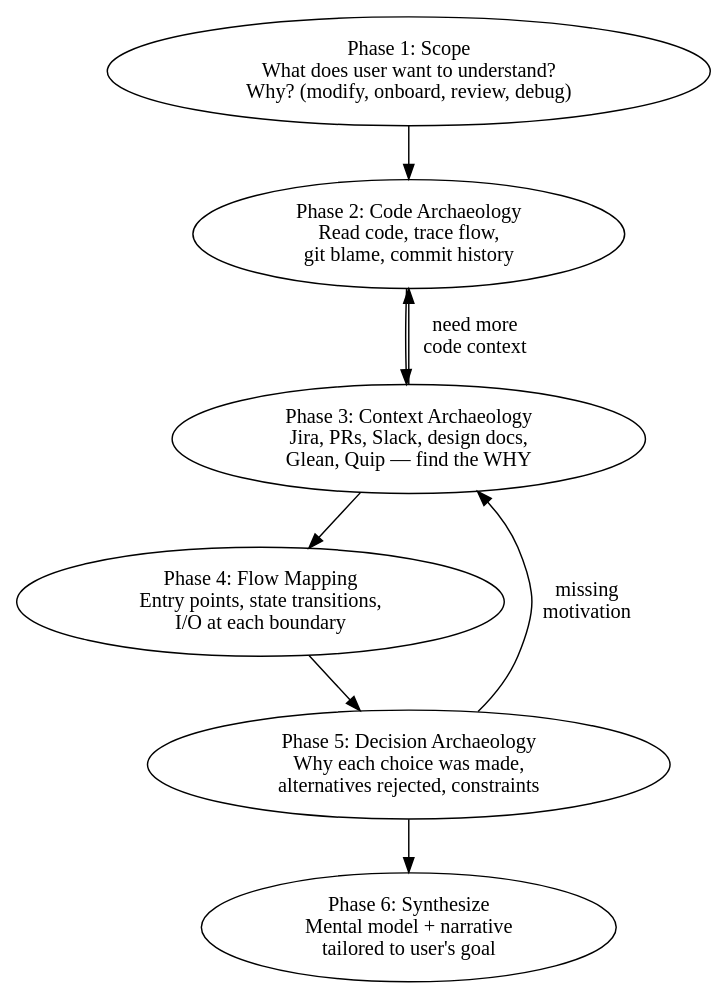
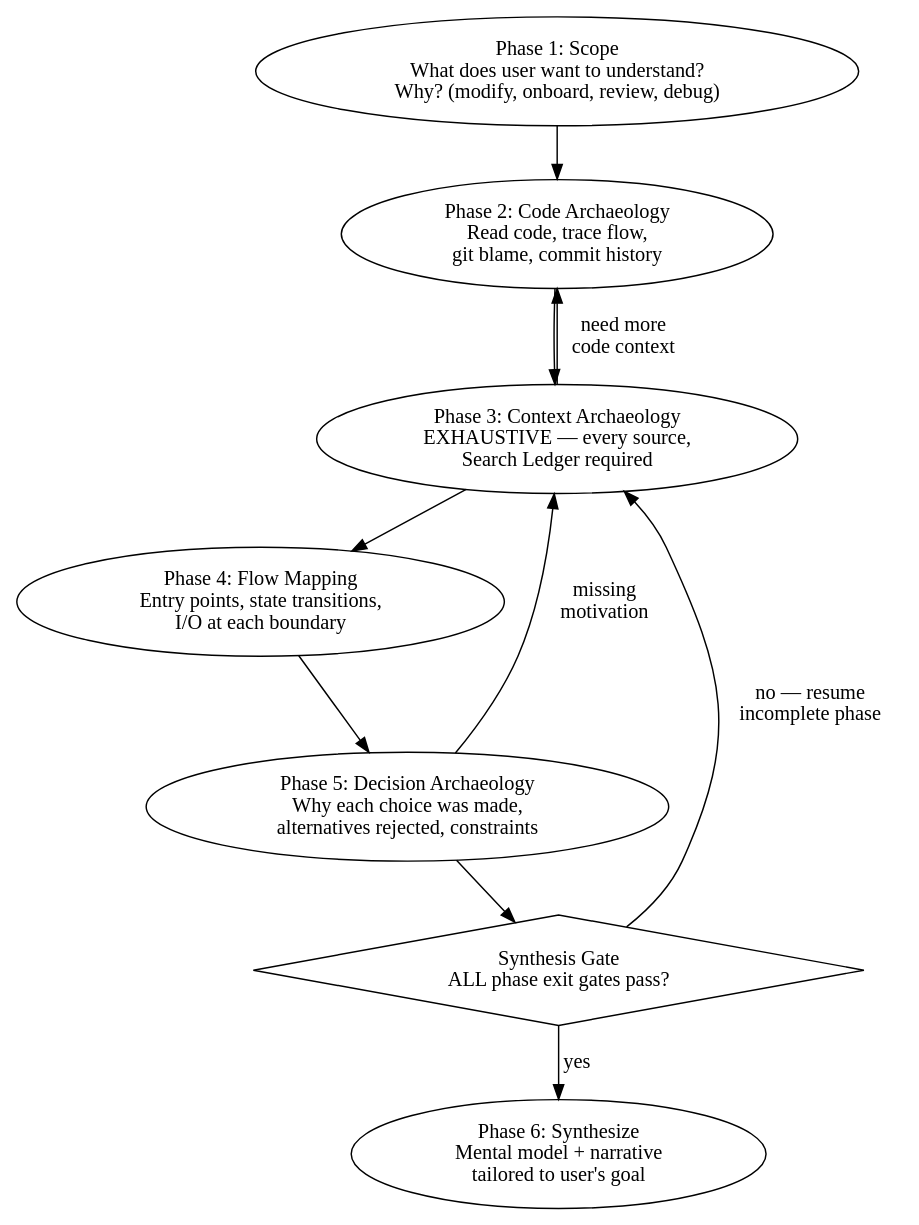
One commit to leductoan3082004/biot-awesome-skills changed the diagram in deep-understand/SKILL.md. Above: the diagram before and after it, drawn with Graphviz. The commit also changed other lines of this file, not shown here.

First line of the commit message:
refactor: enforce exhaustive multi-source search in deep-understand

````diff
--- a/deep-understand/SKILL.md
+++ b/deep-understand/SKILL.md
@@ -22,15 +24,18 @@
 ```dot
 digraph flow {
     rankdir=TB;
     scope [label="Phase 1: Scope\nWhat does user want to understand?\nWhy? (modify, onboard, review, debug)"];
     code [label="Phase 2: Code Archaeology\nRead code, trace flow,\ngit blame, commit history"];
-    context [label="Phase 3: Context Archaeology\nJira, PRs, Slack, design docs,\nGlean, Quip — find the WHY"];
+    context [label="Phase 3: Context Archaeology\nEXHAUSTIVE — every source,\nSearch Ledger required"];
     flow [label="Phase 4: Flow Mapping\nEntry points, state transitions,\nI/O at each boundary"];
     decisions [label="Phase 5: Decision Archaeology\nWhy each choice was made,\nalternatives rejected, constraints"];
+    gate [label="Synthesis Gate\nALL phase exit gates pass?", shape=diamond];
     synthesize [label="Phase 6: Synthesize\nMental model + narrative\ntailored to user's goal"];
 
-    scope -> code -> context -> flow -> decisions -> synthesize;
+    scope -> code -> context -> flow -> decisions -> gate;
+    gate -> synthesize [label="yes"];
+    gate -> context [label="no — resume\nincomplete phase"];
     context -> code [label="need more\ncode context"];
     decisions -> context [label="missing\nmotivation"];
 }
 ```
````
